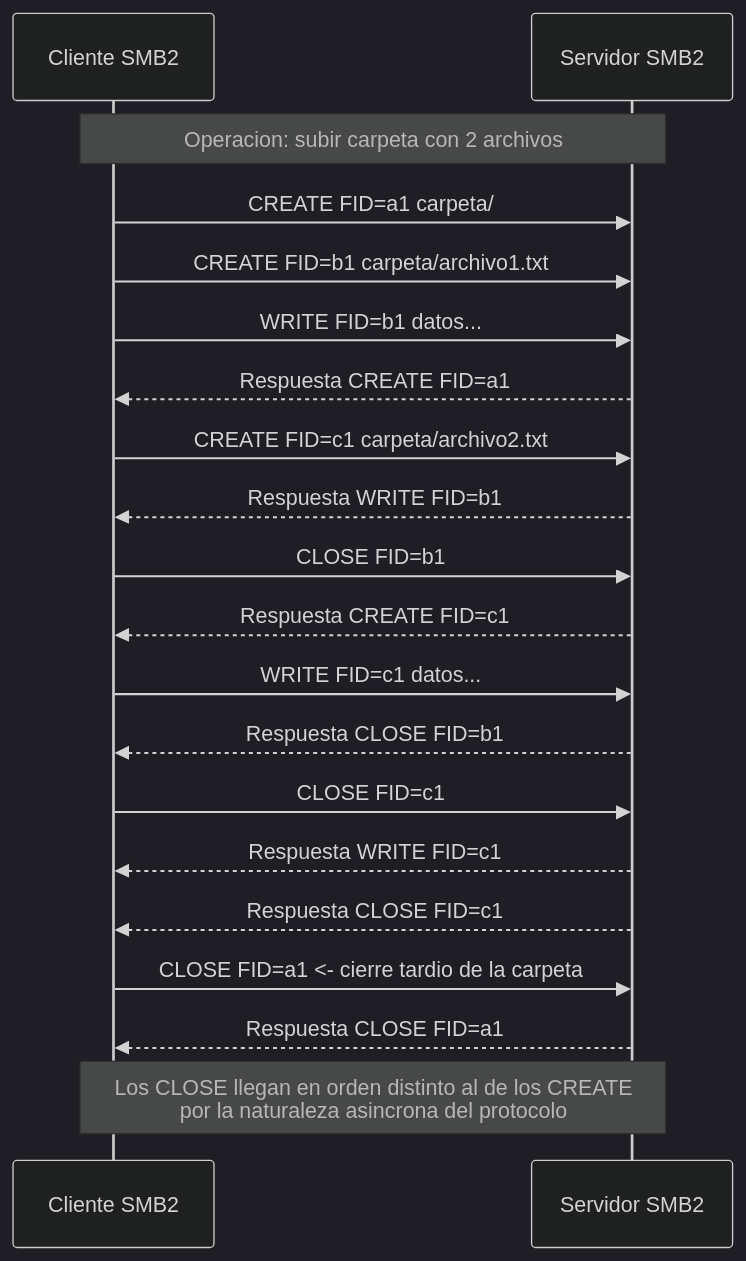
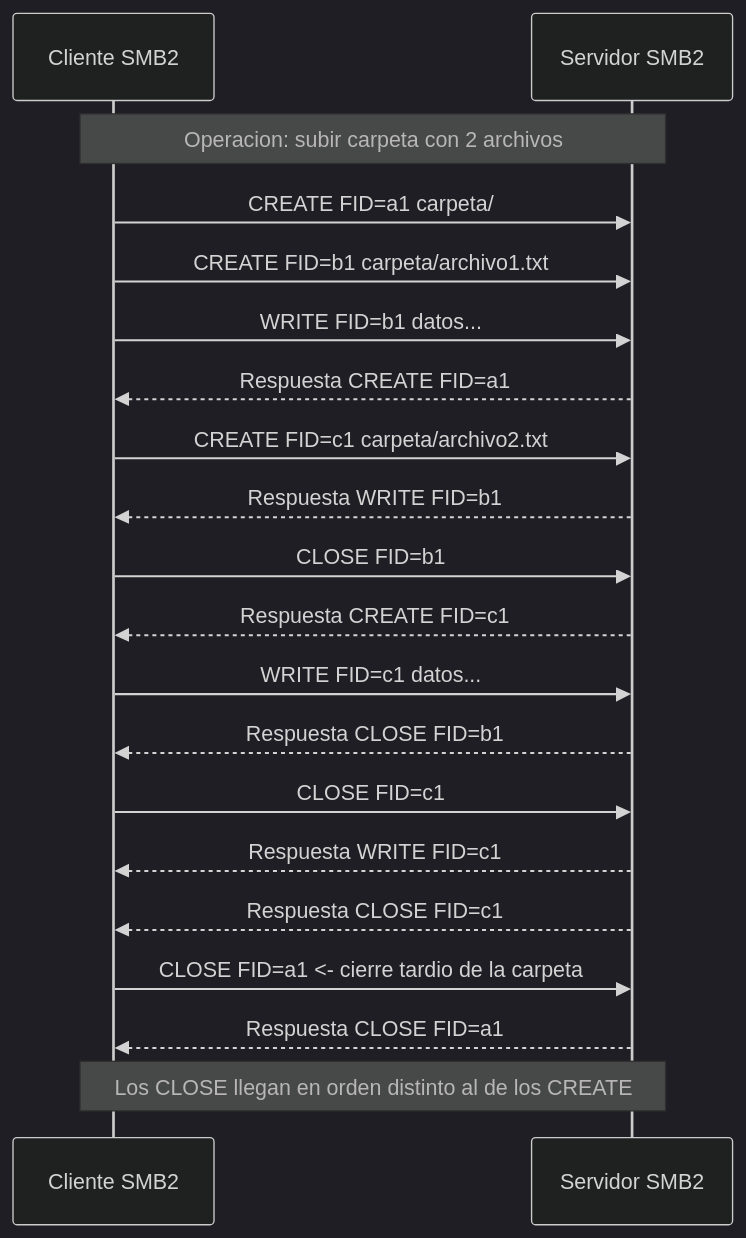
Before and after one commit to vicente154000/smb2-cloud-traffic-analyzer: the third of 4 diagrams in plans/documentacion_tfg.md, drawn with Mermaid (dark theme). The commit also changed other lines of this file and 3 other files, not shown here.

````diff
--- a/plans/documentacion_tfg.md
+++ b/plans/documentacion_tfg.md
@@ -248,25 +289,25 @@
 ```mermaid
 sequenceDiagram
     participant C as Cliente SMB2
     participant S as Servidor SMB2
     
     Note over C,S: Operacion: subir carpeta con 2 archivos
     
     C->>S: CREATE FID=a1 carpeta/
     C->>S: CREATE FID=b1 carpeta/archivo1.txt
     C->>S: WRITE FID=b1 datos...
     S-->>C: Respuesta CREATE FID=a1
     C->>S: CREATE FID=c1 carpeta/archivo2.txt
     S-->>C: Respuesta WRITE FID=b1
     C->>S: CLOSE FID=b1
     S-->>C: Respuesta CREATE FID=c1
     C->>S: WRITE FID=c1 datos...
     S-->>C: Respuesta CLOSE FID=b1
     C->>S: CLOSE FID=c1
     S-->>C: Respuesta WRITE FID=c1
     S-->>C: Respuesta CLOSE FID=c1
     C->>S: CLOSE FID=a1  <- cierre tardio de la carpeta
     S-->>C: Respuesta CLOSE FID=a1
     
-    Note over C,S: Los CLOSE llegan en orden distinto al de los CREATE<br/>por la naturaleza asincrona del protocolo
+    Note over C,S: Los CLOSE llegan en orden distinto al de los CREATE
 ```
````
